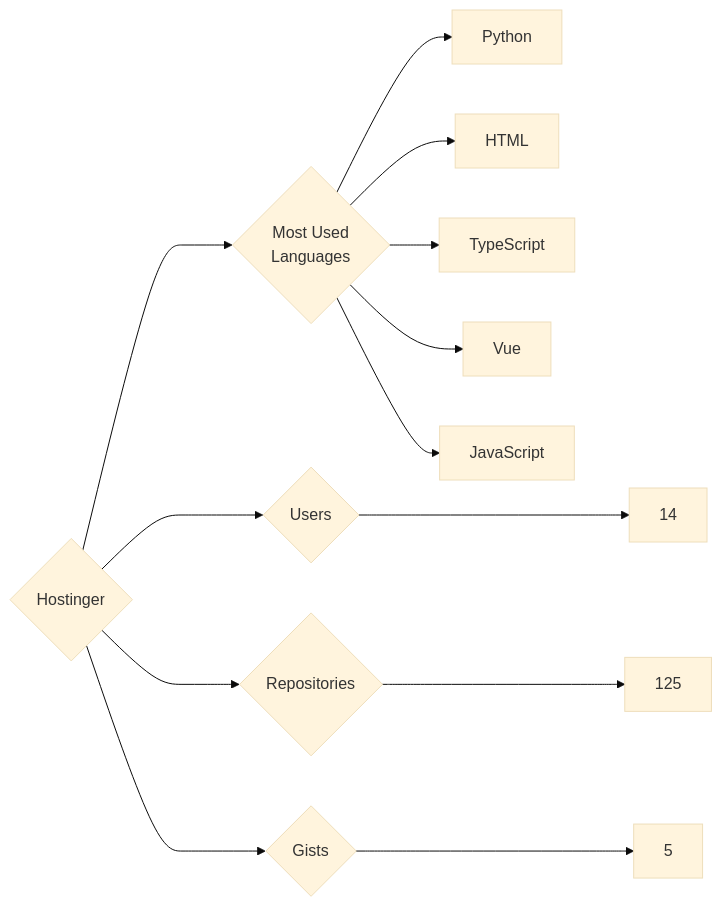
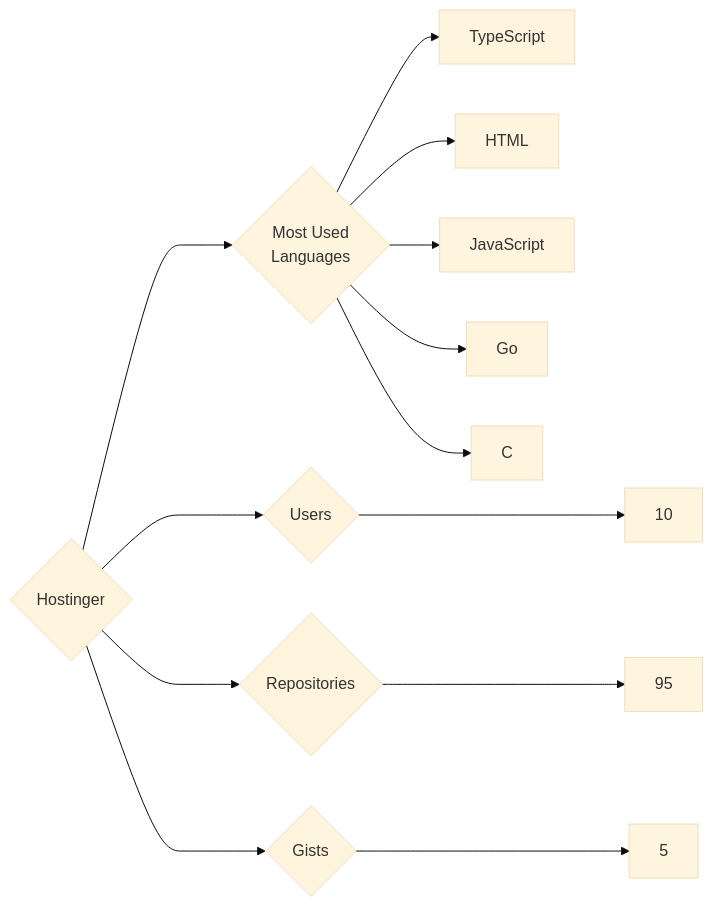
Before and after one commit to trickest/insiders: the diagram in targets/Hostinger/README.md, drawn with Mermaid (base theme). The commit also changed 998 other files, not shown here.

````diff
--- a/targets/Hostinger/README.md
+++ b/targets/Hostinger/README.md
@@ -3,13 +3,13 @@
 ```mermaid
 graph LR
 COMPANY_NAME{Hostinger}
-COMPANY_NAME ---> U{Users} ---> UN[14]
-COMPANY_NAME ---> R{Repositories} ---> RN[125]
+COMPANY_NAME ---> U{Users} ---> UN[10]
+COMPANY_NAME ---> R{Repositories} ---> RN[95]
 COMPANY_NAME ---> G{Gists} ---> GN[5]
 COMPANY_NAME ---> ML{Most Used<br>Languages}
-ML --> Python[Python]
+ML --> TypeScript[TypeScript]
 ML --> HTML[HTML]
-ML --> TypeScript[TypeScript]
-ML --> Vue[Vue]
 ML --> JavaScript[JavaScript]
+ML --> Go[Go]
+ML --> C[C]
 ```
````
